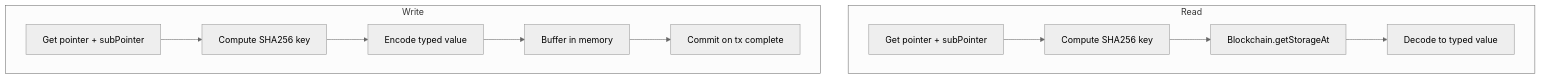
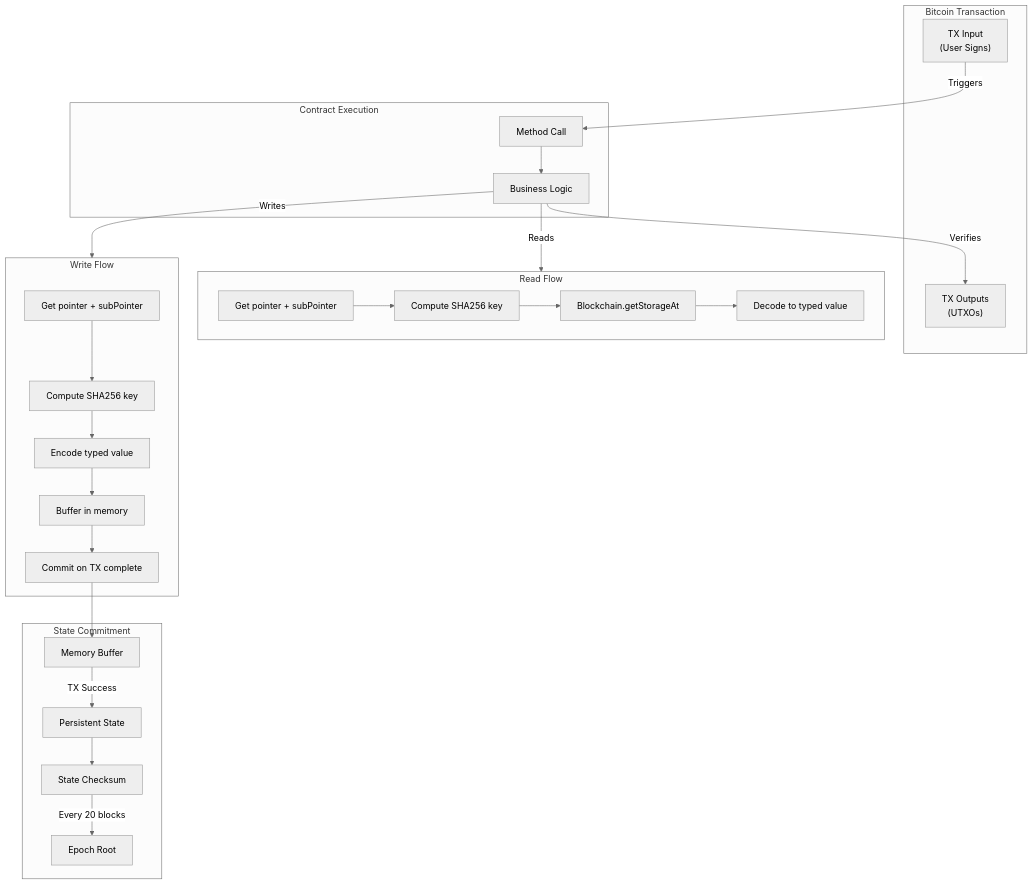
The sixth of 8 diagrams in docs/core-concepts/storage-system.md (btc-vision/btc-runtime), drawn with Mermaid (neutral theme) before and after one commit. The commit also changed other lines of this file and 2 other files, not shown here.

First line of the commit message:
Add editor config and update storage system docs

````diff
--- a/docs/core-concepts/storage-system.md
+++ b/docs/core-concepts/storage-system.md
@@ -333,15 +462,47 @@
 ```mermaid
 flowchart TD
-    subgraph Read
-        R1[Get pointer + subPointer] --> R2[Compute SHA256 key]
-        R2 --> R3[Blockchain.getStorageAt]
-        R3 --> R4[Decode to typed value]
+    subgraph Transaction["Bitcoin Transaction"]
+        TX_IN["TX Input<br/>(User Signs)"]
+        TX_OUT["TX Outputs<br/>(UTXOs)"]
     end
+
+    subgraph Contract["Contract Execution"]
+        CALL["Method Call"]
+        LOGIC["Business Logic"]
+    end
+
+    subgraph ReadFlow["Read Flow"]
+        R1["Get pointer + subPointer"]
+        R2["Compute SHA256 key"]
+        R3["Blockchain.getStorageAt"]
+        R4["Decode to typed value"]
+        R1 --> R2 --> R3 --> R4
+    end
+
+    subgraph WriteFlow["Write Flow"]
+        W1["Get pointer + subPointer"]
+        W2["Compute SHA256 key"]
+        W3["Encode typed value"]
+        W4["Buffer in memory"]
+        W5["Commit on TX complete"]
+        W1 --> W2 --> W3 --> W4 --> W5
+    end
+
+    subgraph StateCommit["State Commitment"]
+        BUFFER["Memory Buffer"]
+        STATE["Persistent State"]
+        CHECKSUM["State Checksum"]
+        EPOCH["Epoch Root"]
+    end
+
+    TX_IN -->|"Triggers"| CALL
+    CALL --> LOGIC
+    LOGIC -->|"Reads"| ReadFlow
+    LOGIC -->|"Writes"| WriteFlow
+    LOGIC -->|"Verifies"| TX_OUT
     
-    subgraph Write
-        W1[Get pointer + subPointer] --> W2[Compute SHA256 key]
-        W2 --> W3[Encode typed value]
-        W3 --> W4[Buffer in memory]
-        W4 --> W5[Commit on tx complete]
-    end
+    W5 --> BUFFER
+    BUFFER -->|"TX Success"| STATE
+    STATE --> CHECKSUM
+    CHECKSUM -->|"Every 20 blocks"| EPOCH
 ```
````
